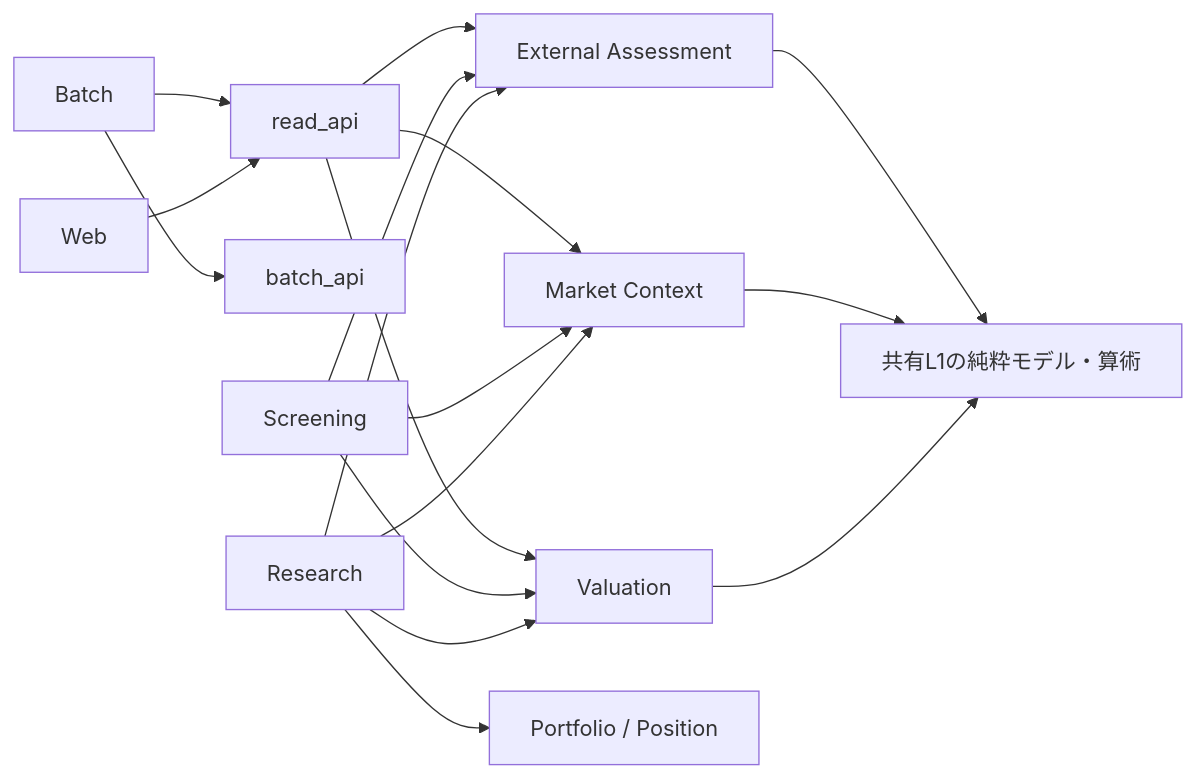
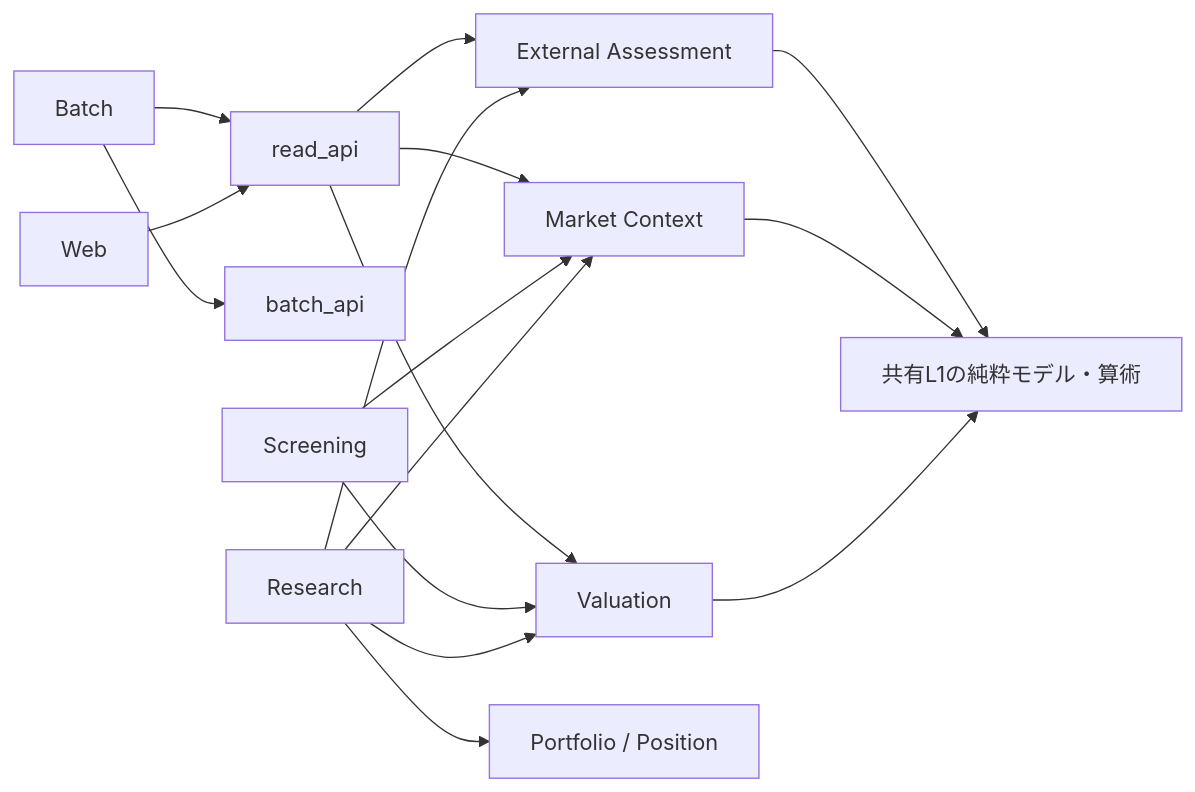
One commit to koumatsumoto/baibai-loop changed the diagram in docs/architecture.md. Above: the diagram before and after it, drawn with Mermaid. The commit also changed other lines of this file and 6 other files, not shown here.

````diff
--- a/docs/architecture.md
+++ b/docs/architecture.md
@@ -42,19 +34,18 @@
 ```mermaid
 flowchart LR
     web[Web] --> read[read_api]
     batch[Batch] --> api[batch_api]
     batch --> read
     research[Research] --> valuation[Valuation]
     research --> context[Market Context]
     research --> external[External Assessment]
     screening[Screening] --> valuation
     screening --> context
-    screening --> external
     read --> valuation
     read --> context
     read --> external
     valuation --> facts[共有L1の純粋モデル・算術]
     context --> facts
     external --> facts
     research --> position[Portfolio / Position]
 ```
````
